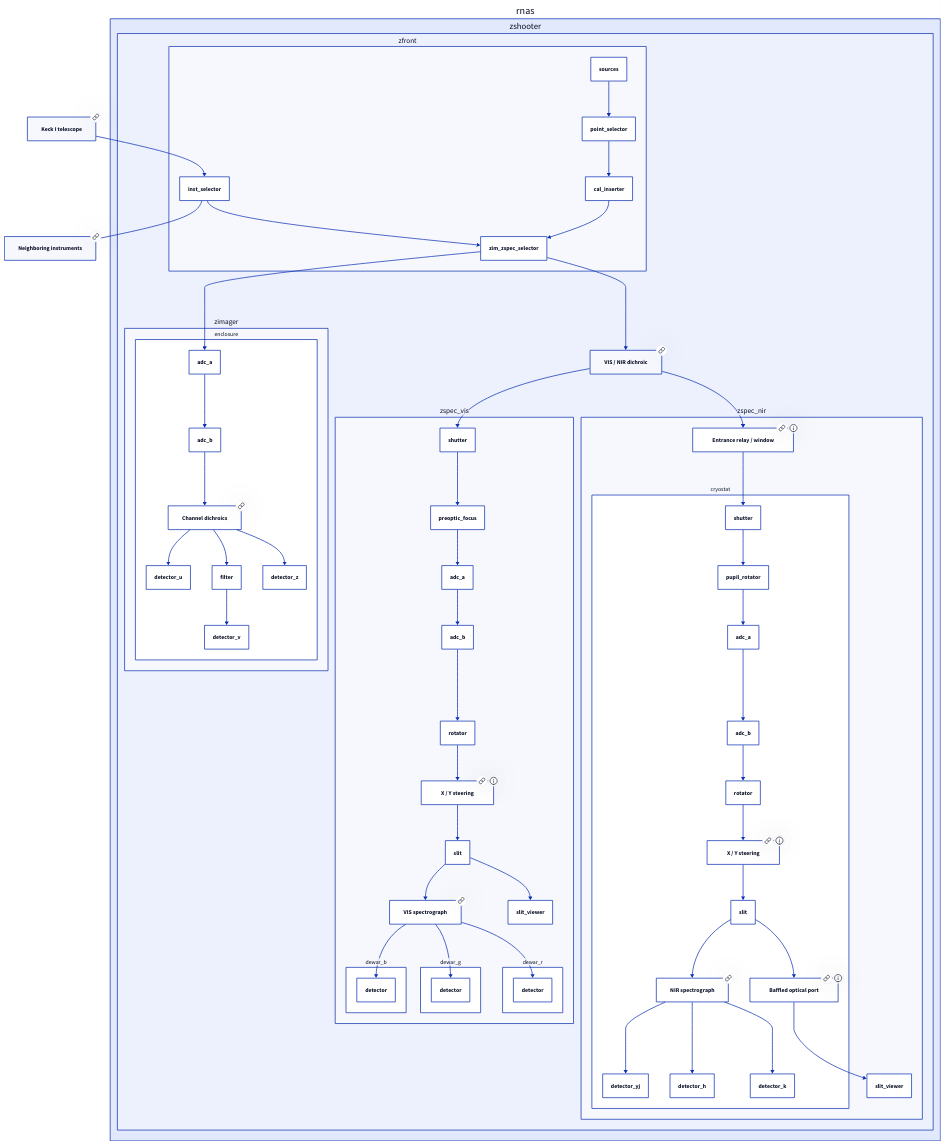
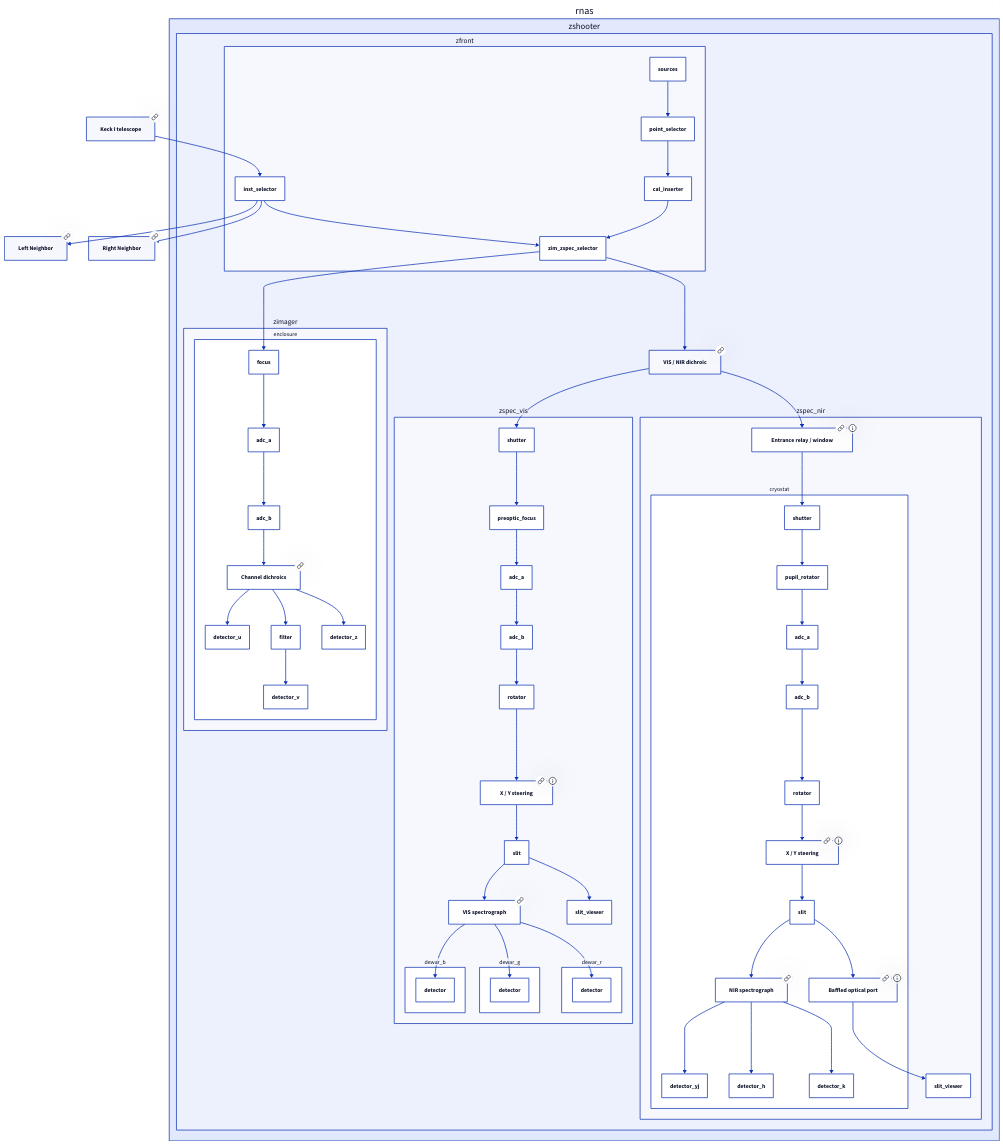
Before and after one commit to baileyji/zshooter_d2: the diagram in model/optical_paths.d2, drawn with D2. The commit also changed 23 other files, not shown here.

```diff
--- a/model/optical_paths.d2
+++ b/model/optical_paths.d2
@@ -1,50 +1,52 @@
 telescope: {label: "Keck I telescope"; class: device; link: "../../optical_design.html"}
-neighbors: {label: "Neighboring instruments"; class: device; link: "../../controls/operations/zfront-zcal.html"}
+left_neighbor: {label: "Left Neighbor"; class: device; link: "../../controls/operations/zfront-zcal.html"}
+right_neighbor: {label: "Right Neighbor"; class: device; link: "../../controls/operations/zfront-zcal.html"}
 telescope -> rnas.zshooter.zfront.inst_selector: {class: optical}
-rnas.zshooter.zfront.inst_selector -> neighbors: {class: optical}
+rnas.zshooter.zfront.inst_selector -> left_neighbor: {class: optical}
+rnas.zshooter.zfront.inst_selector -> right_neighbor: {class: optical}
 rnas.zshooter: {
   zfront: {
     inst_selector -> zim_zspec_selector: {class: optical}
     sources -> point_selector: {class: optical}
     point_selector -> cal_inserter: {class: optical}
     cal_inserter -> zim_zspec_selector: {class: optical}
   }
-  zfront.zim_zspec_selector -> zimager.enclosure.adc_a: {class: optical}
+  zfront.zim_zspec_selector -> zimager.enclosure.focus: {class: optical}
   zimager.enclosure: {
     dichroics: {label: "Channel dichroics"; class: device; link: "../../zimager_optical.html"}
-    adc_a -> adc_b -> dichroics: {class: optical}
+    focus -> adc_a -> adc_b -> dichroics: {class: optical}
     dichroics -> detector_u: {class: optical}
     dichroics -> filter -> detector_v: {class: optical}
     dichroics -> detector_z: {class: optical}
   }
   splitter: {label: "VIS / NIR dichroic"; class: device; link: "../../zspec_optical.html"}
   zfront.zim_zspec_selector -> splitter: {class: optical}
   splitter -> zspec_vis.shutter: {class: optical}
   zspec_vis: {
     steering_relay: {label: "X / Y steering"; class: device; link: "../../zspec_optical.html#pre-optics-and-slit-planes"; tooltip: "The final relay doublet translates in X and Y for nodding and fine guiding."}
     spectrograph: {label: "VIS spectrograph"; class: device; link: "../../zspec_optical.html"}
     shutter -> preoptic_focus -> adc_a -> adc_b -> rotator -> steering_relay -> slit: {class: optical}
     slit -> spectrograph: {class: optical}
     spectrograph -> dewar_b.detector: {class: optical}
     spectrograph -> dewar_g.detector: {class: optical}
     spectrograph -> dewar_r.detector: {class: optical}
     slit -> slit_viewer: {class: optical}
   }
   splitter -> zspec_nir.entrance_relay: {class: optical}
   zspec_nir: {
     entrance_relay: {label: "Entrance relay / window"; class: device; link: "../../zspec_optical.html#pre-optics-and-slit-planes"; tooltip: "The final element of the first NIR relay doublet is the vacuum window."}
     entrance_relay -> cryostat.shutter: {class: optical}
     cryostat: {
       steering_relay: {label: "X / Y steering"; class: device; link: "../../zspec_optical.html#pre-optics-and-slit-planes"; tooltip: "The final relay doublet translates in X and Y for nodding and fine guiding."}
       spectrograph: {label: "NIR spectrograph"; class: device; link: "../../zspec_optical.html"}
       slit_port: {label: "Baffled optical port"; class: device; link: "../../controls/harnesses/zspec-nir.html#slit-viewer-connections"; tooltip: "A cold shortpass filter and baffle exclude warm infrared background."}
       shutter -> pupil_rotator -> adc_a -> adc_b -> rotator -> steering_relay -> slit: {class: optical}
       slit -> spectrograph: {class: optical}
       spectrograph -> detector_yj: {class: optical}
       spectrograph -> detector_h: {class: optical}
       spectrograph -> detector_k: {class: optical}
       slit -> slit_port: {class: optical}
     }
     cryostat.slit_port -> slit_viewer: {class: optical}
   }
 }
```
